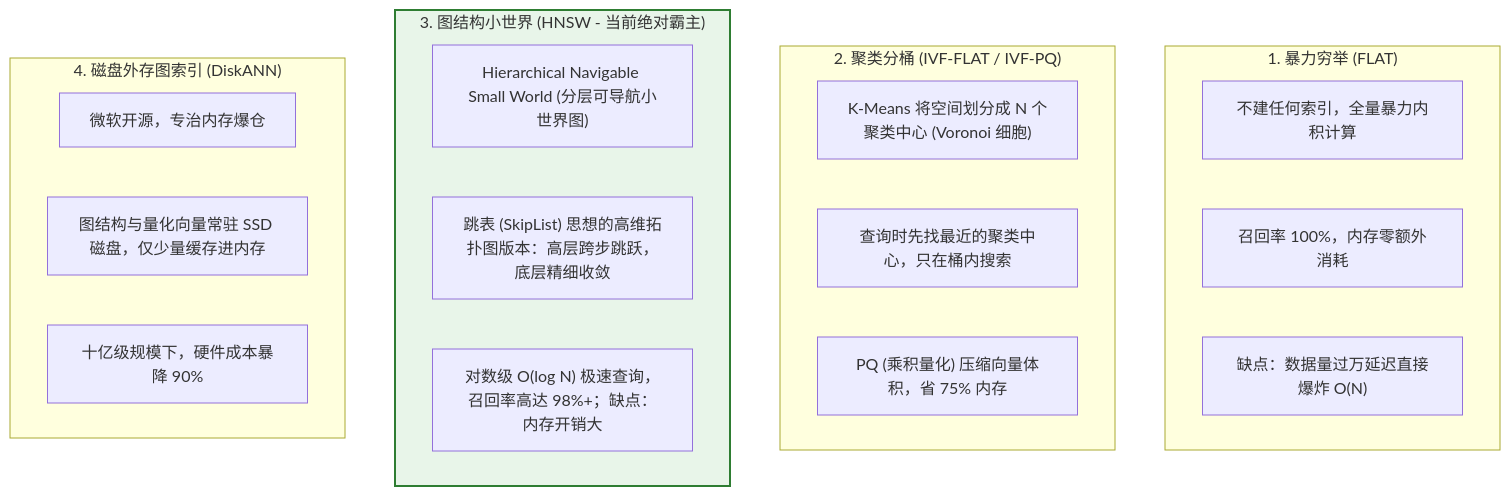
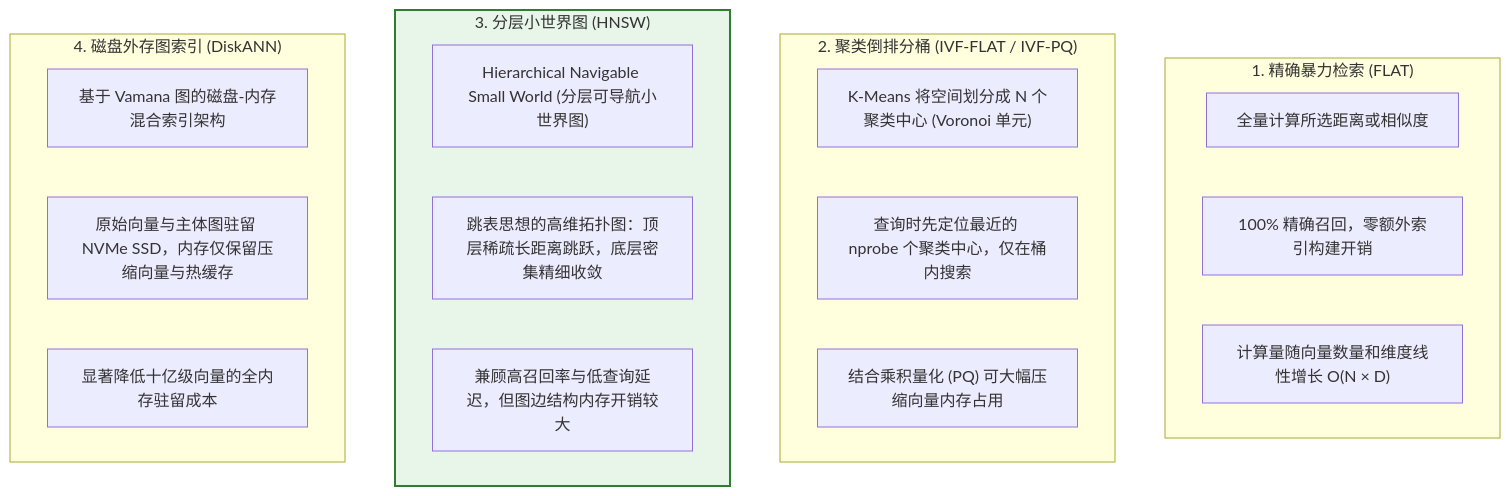
Before and after one commit to GuoWWWX/knowledge-base: the first of 3 diagrams in 10-AI应用开发/03-知识库技术-RAG/15-向量库选型对比.md, drawn with Mermaid. The commit also changed other lines of this file and 251 other files, not shown here.

````diff
--- a/10-AI应用开发/03-知识库技术-RAG/15-向量库选型对比.md
+++ b/10-AI应用开发/03-知识库技术-RAG/15-向量库选型对比.md
@@ -38,28 +32,28 @@
 ```mermaid
 graph TD
-    subgraph Flat["1. 暴力穷举 (FLAT)"]
-        F1["不建任何索引，全量暴力内积计算"]
-        F2["召回率 100%，内存零额外消耗"]
-        F3["缺点：数据量过万延迟直接爆炸 O(N)"]
+    subgraph Flat["1. 精确暴力检索 (FLAT)"]
+        F1["全量计算所选距离或相似度"]
+        F2["100% 精确召回，零额外索引构建开销"]
+        F3["计算量随向量数量和维度线性增长 O(N × D)"]
     end
 
-    subgraph Tree["2. 聚类分桶 (IVF-FLAT / IVF-PQ)"]
-        T1["K-Means 将空间划分成 N 个聚类中心 (Voronoi 细胞)"]
-        T2["查询时先找最近的聚类中心，只在桶内搜索"]
-        T3["PQ (乘积量化) 压缩向量体积，省 75% 内存"]
+    subgraph Tree["2. 聚类倒排分桶 (IVF-FLAT / IVF-PQ)"]
+        T1["K-Means 将空间划分成 N 个聚类中心 (Voronoi 单元)"]
+        T2["查询时先定位最近的 nprobe 个聚类中心，仅在桶内搜索"]
+        T3["结合乘积量化 (PQ) 可大幅压缩向量内存占用"]
     end
 
-    subgraph Graph["3. 图结构小世界 (HNSW - 当前绝对霸主)"]
+    subgraph Graph["3. 分层小世界图 (HNSW)"]
         G1["Hierarchical Navigable Small World (分层可导航小世界图)"]
-        G2["跳表 (SkipList) 思想的高维拓扑图版本：高层跨步跳跃，底层精细收敛"]
-        G3["对数级 O(log N) 极速查询，召回率高达 98%+；缺点：内存开销大"]
+        G2["跳表思想的高维拓扑图：顶层稀疏长距离跳跃，底层密集精细收敛"]
+        G3["兼顾高召回率与低查询延迟，但图边结构内存开销较大"]
     end
 
     subgraph Disk["4. 磁盘外存图索引 (DiskANN)"]
-        D1["微软开源，专治内存爆仓"]
-        D2["图结构与量化向量常驻 SSD 磁盘，仅少量缓存进内存"]
-        D3["十亿级规模下，硬件成本暴降 90%"]
+        D1["基于 Vamana 图的磁盘-内存混合索引架构"]
+        D2["原始向量与主体图驻留 NVMe SSD，内存仅保留压缩向量与热缓存"]
+        D3["显著降低十亿级向量的全内存驻留成本"]
     end
 
     style Graph fill:#e8f5e9,stroke:#2e7d32,stroke-width:2px
 ```
````
